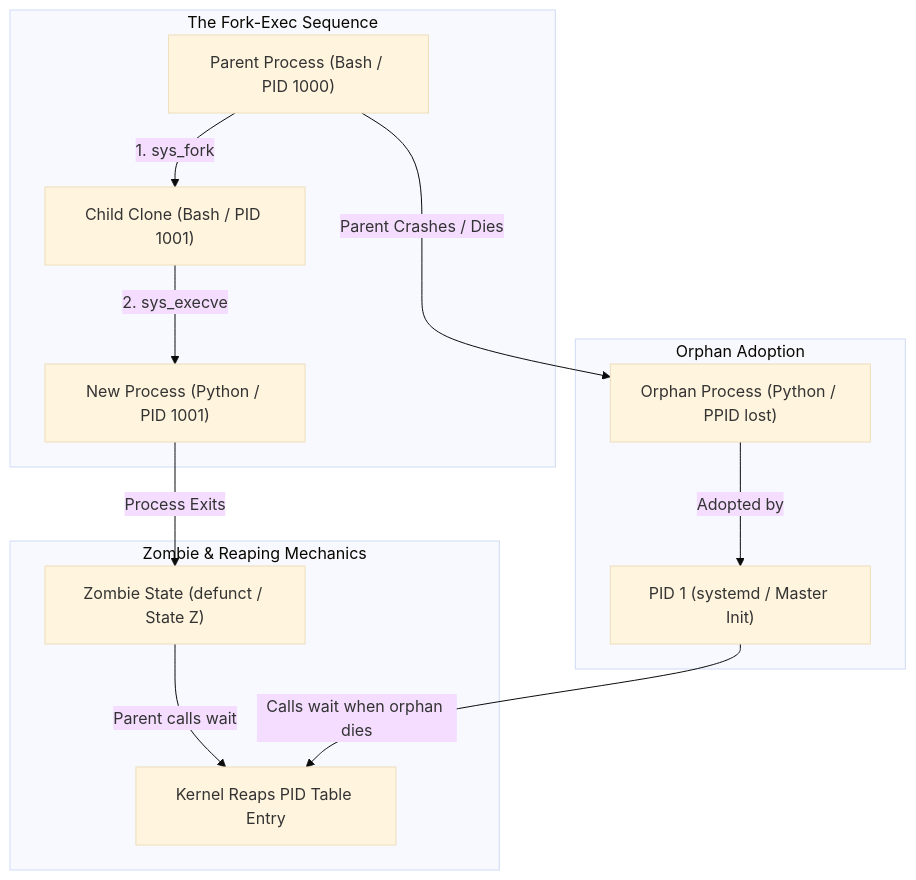
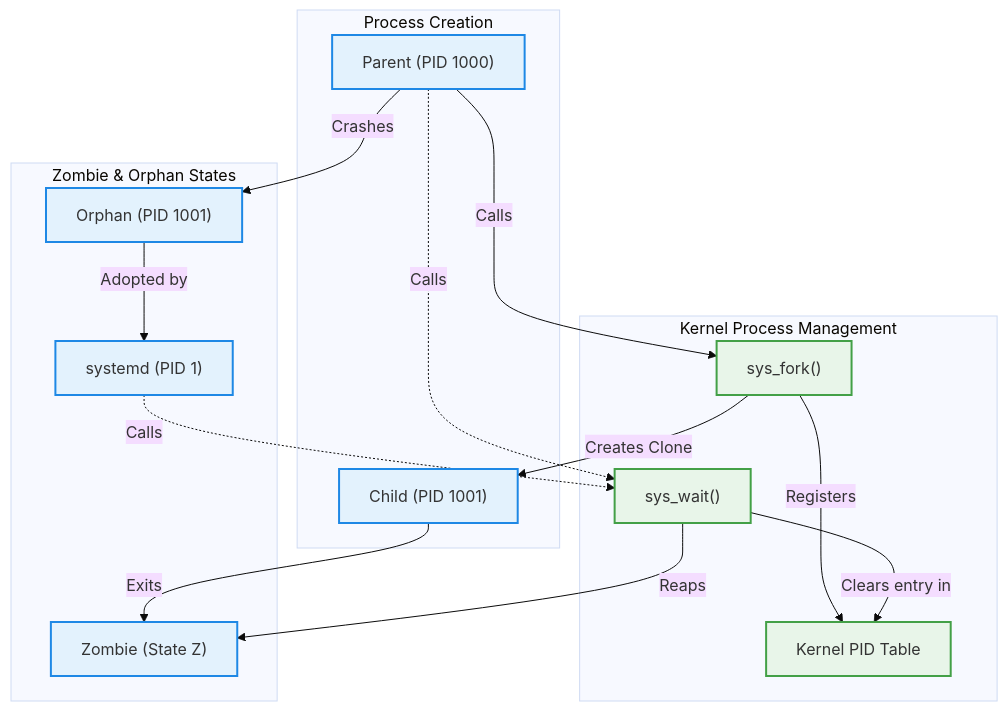
One commit to aloysiuspattath/platform-engineering-ai-course changed the diagram in website/pages/courses/platform-engineering/modules/module-03/lesson-02.md. Above: the diagram before and after it, drawn with Mermaid (base theme). The commit also changed 114 other files, not shown here.

Commit message:
refactor: massive swarm diagram review enforcing architectural layers and strict color palette

````diff
--- a/website/pages/courses/platform-engineering/modules/module-03/lesson-02.md
+++ b/website/pages/courses/platform-engineering/modules/module-03/lesson-02.md
@@ -85,18 +85,28 @@
 ```mermaid
 flowchart TD
-    subgraph ProcessCreation [The Fork-Exec Sequence]
-        PARENT["Parent Process (Bash / PID 1000)"] -->|1. sys_fork| CHILD_CLONE["Child Clone (Bash / PID 1001)"]
-        CHILD_CLONE -->|2. sys_execve| CHILD_NEW["New Process (Python / PID 1001)"]
+    classDef userSpace fill:#e3f2fd,stroke:#1e88e5,stroke-width:2px;
+    classDef kernelSpace fill:#e8f5e9,stroke:#43a047,stroke-width:2px;
+
+    subgraph KernelSpace [Kernel Process Management]
+        FORK["sys_fork()"]:::kernelSpace
+        WAIT["sys_wait()"]:::kernelSpace
+        PID_TBL["Kernel PID Table"]:::kernelSpace
     end
 
-    subgraph ZombieLifecycle [Zombie & Reaping Mechanics]
-        CHILD_NEW -->|Process Exits| ZOMBIE["Zombie State (defunct / State Z)"]
-        ZOMBIE -->|Parent calls wait| REAPED["Kernel Reaps PID Table Entry"]
+    subgraph ProcessCreation [Process Creation]
+        PARENT["Parent (PID 1000)"]:::userSpace -->|Calls| FORK
+        FORK -->|Creates Clone| CHILD["Child (PID 1001)"]:::userSpace
+        FORK -->|Registers| PID_TBL
     end
 
-    subgraph OrphanAdoption [Orphan Adoption]
-        PARENT -->|Parent Crashes / Dies| ORPHAN["Orphan Process (Python / PPID lost)"]
-        ORPHAN -->|Adopted by| PID1["PID 1 (systemd / Master Init)"]
-        PID1 -->|Calls wait when orphan dies| REAPED
+    subgraph Lifecycle [Zombie & Orphan States]
+        CHILD -->|Exits| ZOMBIE["Zombie (State Z)"]:::userSpace
+        PARENT -->|Crashes| ORPHAN["Orphan (PID 1001)"]:::userSpace
+        ORPHAN -->|Adopted by| PID1["systemd (PID 1)"]:::userSpace
     end
+
+    PARENT -.->|Calls| WAIT
+    PID1 -.->|Calls| WAIT
+    WAIT -->|Reaps| ZOMBIE
+    WAIT -->|Clears entry in| PID_TBL
 ```
````
